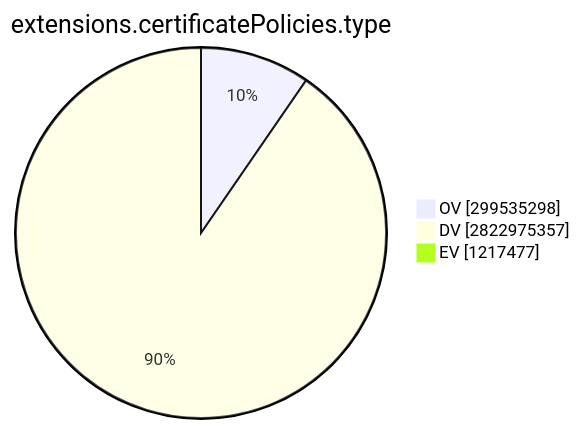
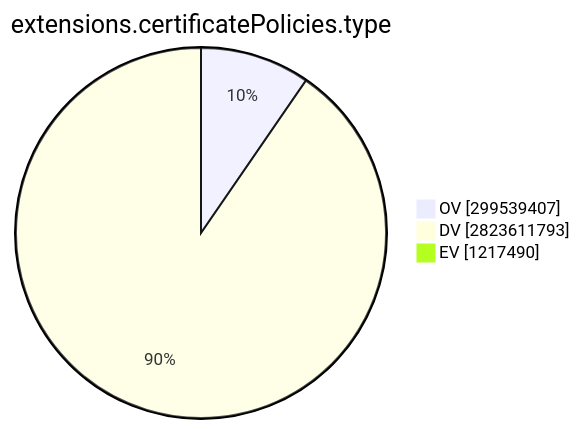
Before and after one commit to christiankrug/ctmonitor_visualization: the ninth of 15 diagrams in TOTAL/README.md, drawn with Mermaid. The commit also changed other lines of this file, not shown here.

````diff
--- a/TOTAL/README.md
+++ b/TOTAL/README.md
@@ -3101,7 +3101,7 @@
 ```mermaid
 pie showData
 title extensions.certificatePolicies.type
-"OV" :299535298
-"DV" :2822975357
-"EV" :1217477
+"OV" :299539407
+"DV" :2823611793
+"EV" :1217490
 ```
````
